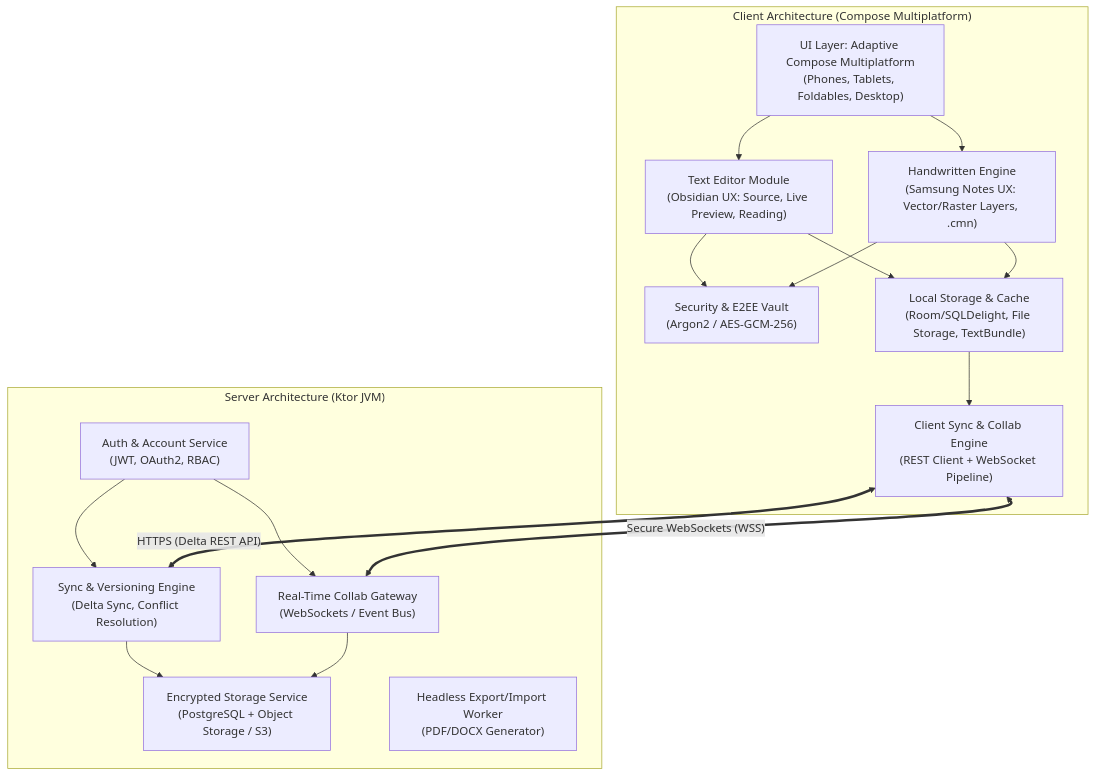
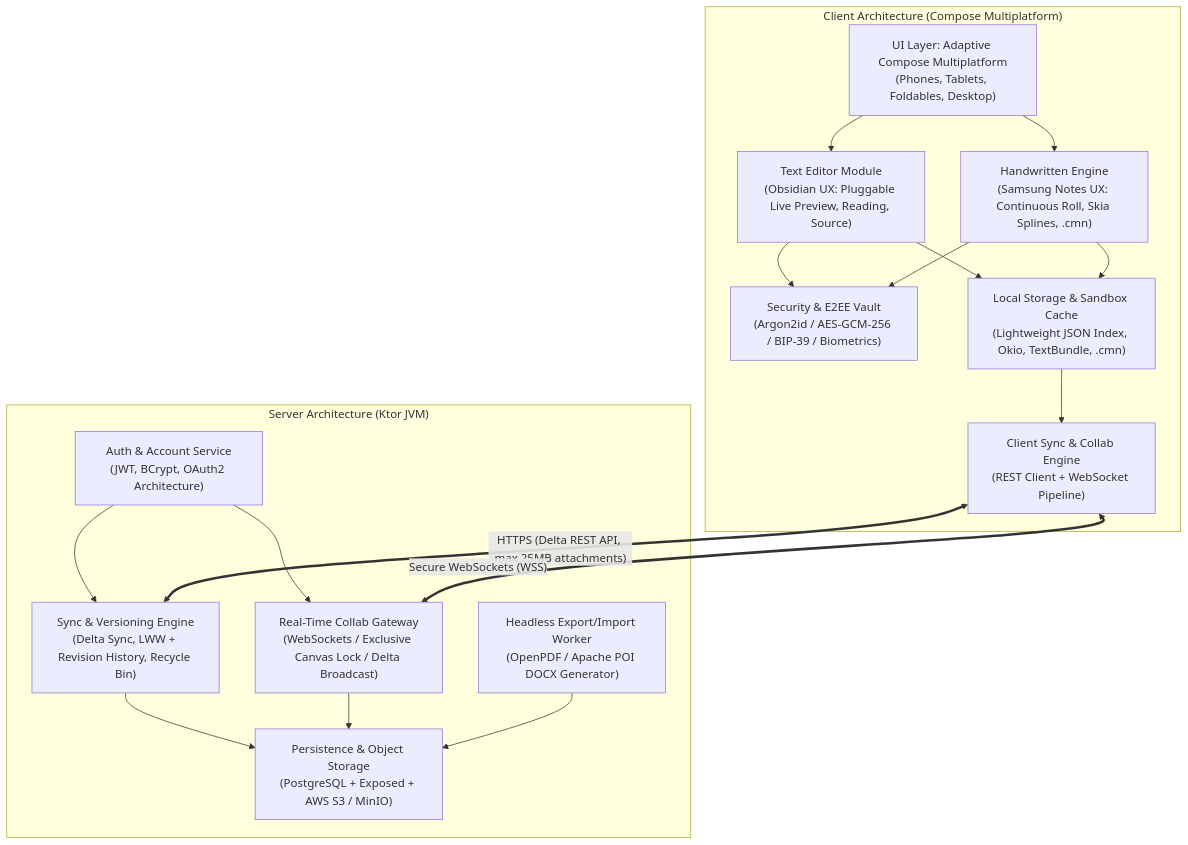
Before and after one commit to rokhlin/notesClientApp: the first of 2 diagrams in docs/features.md, drawn with Mermaid. The commit also changed other lines of this file and 1 other file, not shown here.

````diff
--- a/docs/features.md
+++ b/docs/features.md
@@ -14,35 +14,36 @@
 ```mermaid
 graph TD
     subgraph Client ["Client Architecture (Compose Multiplatform)"]
         UI["UI Layer: Adaptive Compose Multiplatform\n(Phones, Tablets, Foldables, Desktop)"]
-        TE["Text Editor Module\n(Obsidian UX: Source, Live Preview, Reading)"]
-        HW["Handwritten Engine\n(Samsung Notes UX: Vector/Raster Layers, .cmn)"]
-        SEC["Security & E2EE Vault\n(Argon2 / AES-GCM-256)"]
-        STORE["Local Storage & Cache\n(Room/SQLDelight, File Storage, TextBundle)"]
+        TE["Text Editor Module\n(Obsidian UX: Pluggable Live Preview, Reading, Source)"]
+        HW["Handwritten Engine\n(Samsung Notes UX: Continuous Roll, Skia Splines, .cmn)"]
+        SEC["Security & E2EE Vault\n(Argon2id / AES-GCM-256 / BIP-39 / Biometrics)"]
+        STORE["Local Storage & Sandbox Cache\n(Lightweight JSON Index, Okio, TextBundle, .cmn)"]
         SYNC_C["Client Sync & Collab Engine\n(REST Client + WebSocket Pipeline)"]
         
         UI --> TE
         UI --> HW
         TE --> STORE
         HW --> STORE
         TE --> SEC
         HW --> SEC
         STORE --> SYNC_C
     end
 
     subgraph Server ["Server Architecture (Ktor JVM)"]
-        AUTH["Auth & Account Service\n(JWT, OAuth2, RBAC)"]
-        SYNC_S["Sync & Versioning Engine\n(Delta Sync, Conflict Resolution)"]
-        WS_COLLAB["Real-Time Collab Gateway\n(WebSockets / Event Bus)"]
-        STORAGE_S["Encrypted Storage Service\n(PostgreSQL + Object Storage / S3)"]
-        EXPORT_S["Headless Export/Import Worker\n(PDF/DOCX Generator)"]
+        AUTH["Auth & Account Service\n(JWT, BCrypt, OAuth2 Architecture)"]
+        SYNC_S["Sync & Versioning Engine\n(Delta Sync, LWW + Revision History, Recycle Bin)"]
+        WS_COLLAB["Real-Time Collab Gateway\n(WebSockets / Exclusive Canvas Lock / Delta Broadcast)"]
+        STORAGE_S["Persistence & Object Storage\n(PostgreSQL + Exposed + AWS S3 / MinIO)"]
+        EXPORT_S["Headless Export/Import Worker\n(OpenPDF / Apache POI DOCX Generator)"]
         
         SYNC_S --> STORAGE_S
         WS_COLLAB --> STORAGE_S
         AUTH --> SYNC_S
         AUTH --> WS_COLLAB
+        EXPORT_S --> STORAGE_S
     end
 
-    SYNC_C <==>|"HTTPS (Delta REST API)"| SYNC_S
+    SYNC_C <==>|"HTTPS (Delta REST API, max 25MB attachments)"| SYNC_S
     SYNC_C <==>|"Secure WebSockets (WSS)"| WS_COLLAB
 ```
````
